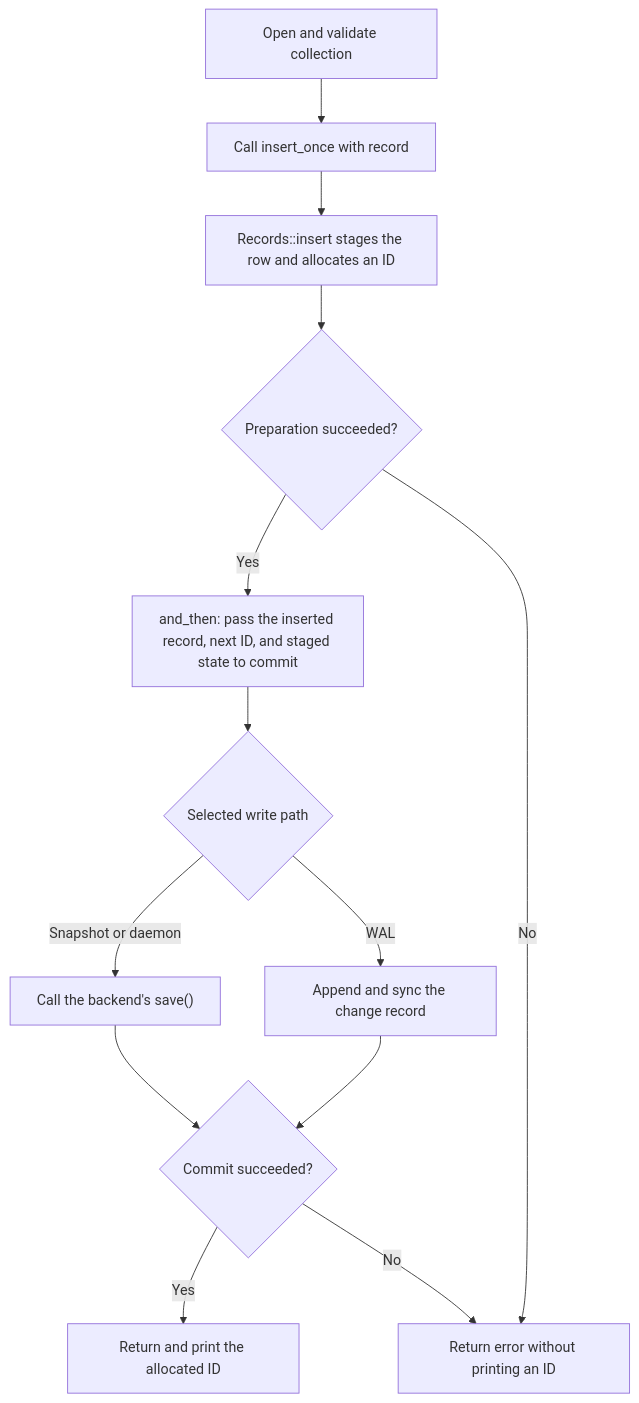
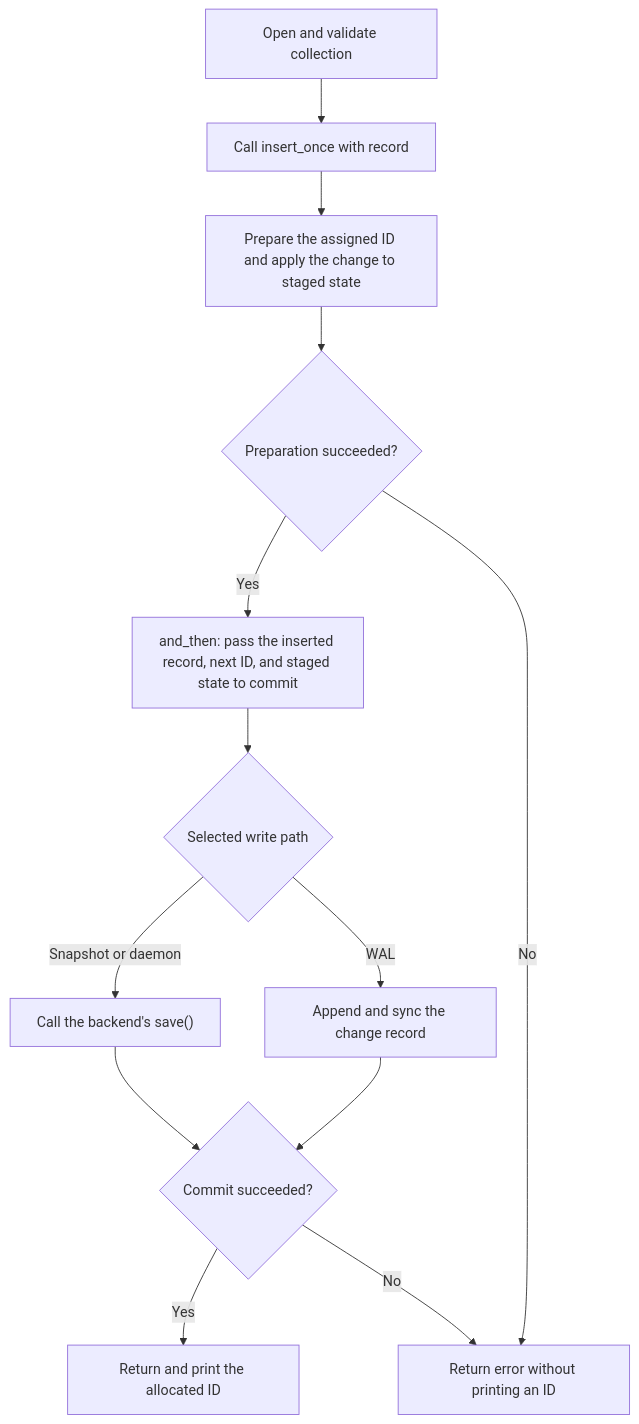
The diagram in README.md (YoshiakiNishimura/persist-collections), drawn with Mermaid before and after one commit. The commit also changed other lines of this file and 4 other files, not shown here.

````diff
--- a/README.md
+++ b/README.md
@@ -121,15 +123,15 @@
 ```mermaid
 flowchart TD
     Open["Open and validate collection"] --> Insert["Call insert_once with record"]
-    Insert --> Prepare["Records::insert stages the row and allocates an ID"]
+    Insert --> Prepare["Prepare the assigned ID and apply the change to staged state"]
     Prepare --> Prepared{"Preparation succeeded?"}
     Prepared -->|Yes| Commit["and_then: pass the inserted record, next ID, and staged state to commit"]
     Prepared -->|No| Failure["Return error without printing an ID"]
     Commit --> Strategy{"Selected write path"}
     Strategy -->|Snapshot or daemon| Save["Call the backend's save()"]
     Strategy -->|WAL| Log["Append and sync the change record"]
     Save --> Saved{"Commit succeeded?"}
     Log --> Saved
     Saved -->|Yes| Success["Return and print the allocated ID"]
     Saved -->|No| Failure
 ```
````
